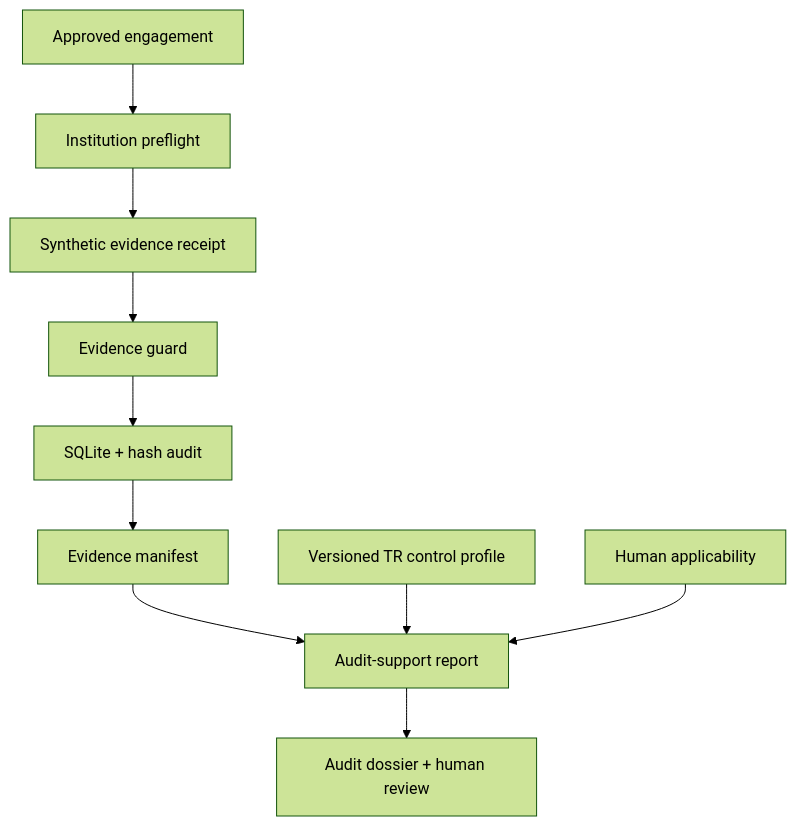
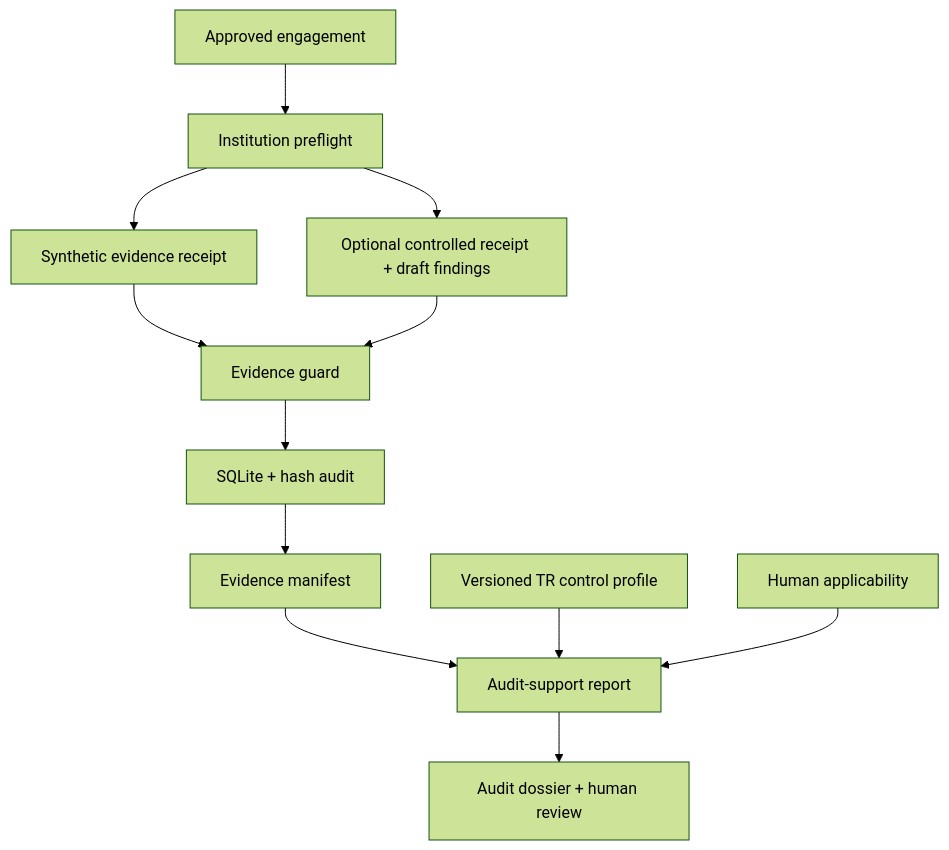
Before and after one commit to bilgekayali/finredops: the second of 2 diagrams in docs/ARCHITECTURE.md, drawn with Mermaid (forest theme). The commit also changed other lines of this file and 29 other files, not shown here.

````diff
--- a/docs/ARCHITECTURE.md
+++ b/docs/ARCHITECTURE.md
@@ -76,12 +84,14 @@
 ```mermaid
 flowchart TD
     E["Approved engagement"] --> P["Institution preflight"]
     P --> A["Synthetic evidence receipt"]
+    P --> V["Optional controlled receipt + draft findings"]
     A --> G["Evidence guard"]
+    V --> G
     G --> S["SQLite + hash audit"]
     S --> M["Evidence manifest"]
     M --> R["Audit-support report"]
     C["Versioned TR control profile"] --> R
     APL["Human applicability"] --> R
     R --> H["Audit dossier + human review"]
 ```
````
